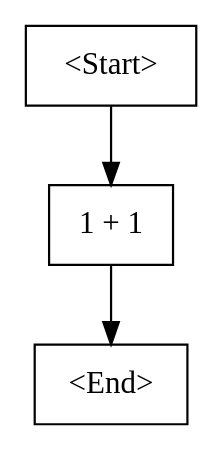
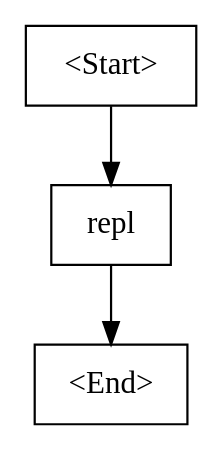
Before and after one commit to Sihuai2412/Epsilon: the diagram in src/epsilon.Program/bin/Debug/net9.0/cfg.dot, drawn with Graphviz. The commit also changed 24 other files, not shown here.

```diff
--- a/src/epsilon.Program/bin/Debug/net9.0/cfg.dot
+++ b/src/epsilon.Program/bin/Debug/net9.0/cfg.dot
@@ -1,7 +1,7 @@
 digraph G {
     N0 [label = "<Start>", shape = box]
-    N1 [label = "1 + 1", shape = box]
+    N1 [label = "repl", shape = box]
     N2 [label = "<End>", shape = box]
     N0 -> N1 [label = ""]
     N1 -> N2 [label = ""]
 }
```
